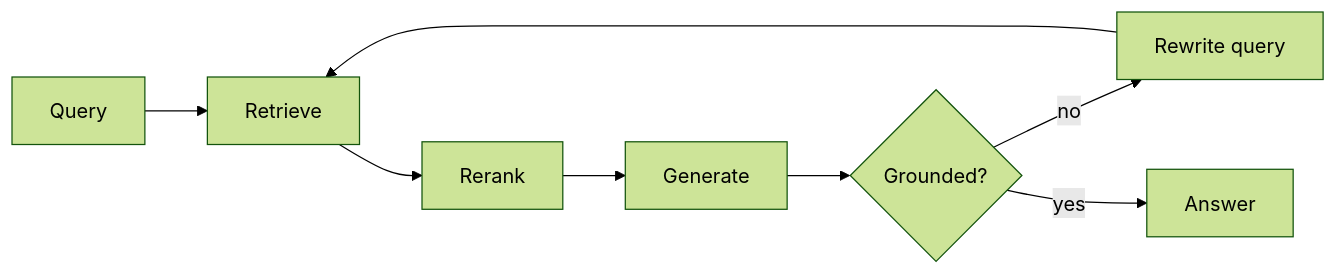
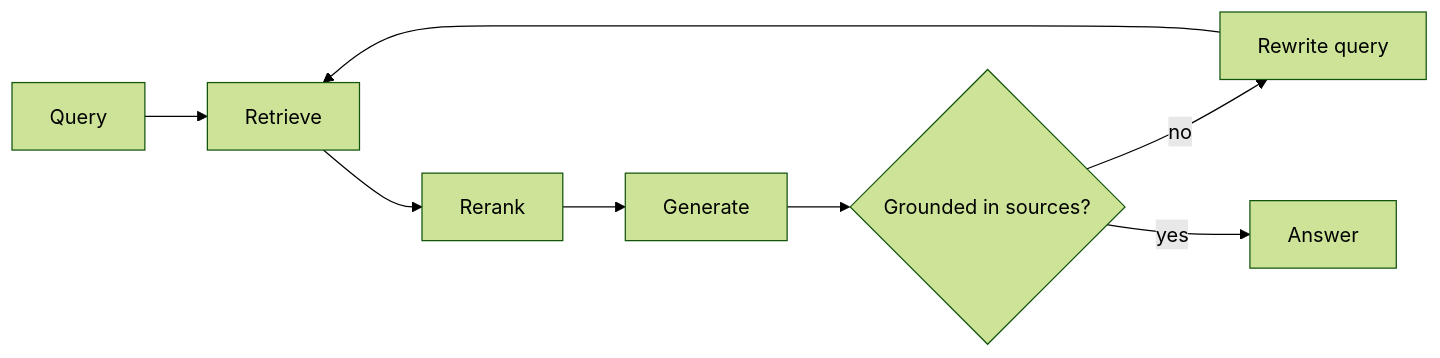
Before and after one commit to fport/site: the diagram in src/garden/notes/ai/rag-retrieval-loop.mdx, drawn with Mermaid (forest theme). The commit also changed other lines of this file and 33 other files, not shown here.

````diff
--- a/src/garden/notes/ai/rag-retrieval-loop.mdx
+++ b/src/garden/notes/ai/rag-retrieval-loop.mdx
@@ -30,10 +4,11 @@
 ```mermaid
 flowchart LR
   Q[Query] --> R[Retrieve]
   R --> K[Rerank]
   K --> G[Generate]
-  G --> E{Grounded?}
-  E -- no --> RW[Rewrite query]
+  E{"Grounded in sources?"}
+  G --> E
+  E -->|"no"| RW[Rewrite query]
   RW --> R
-  E -- yes --> A[Answer]
+  E -->|"yes"| A[Answer]
 ```
````
